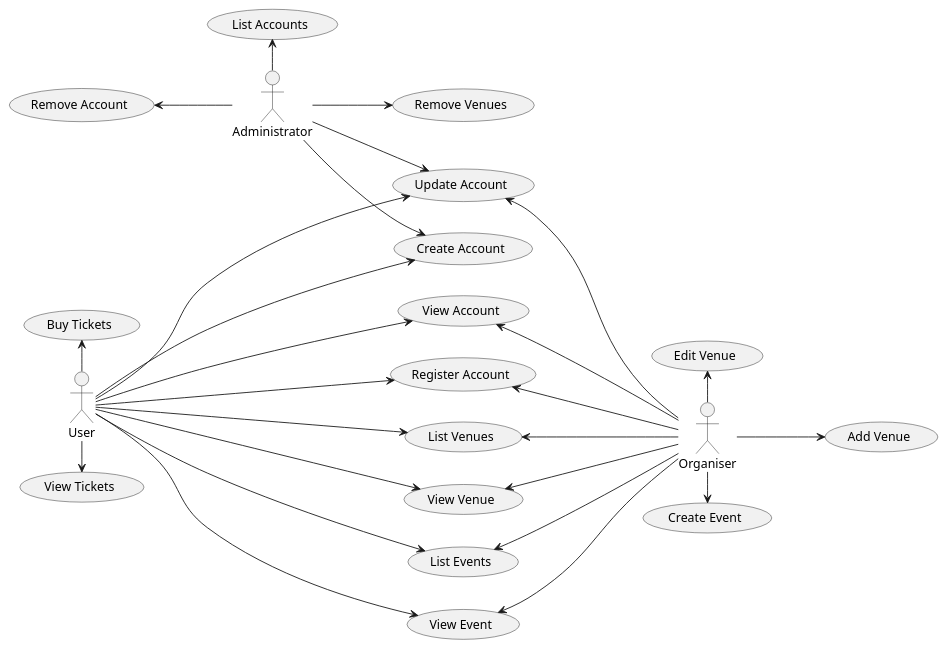
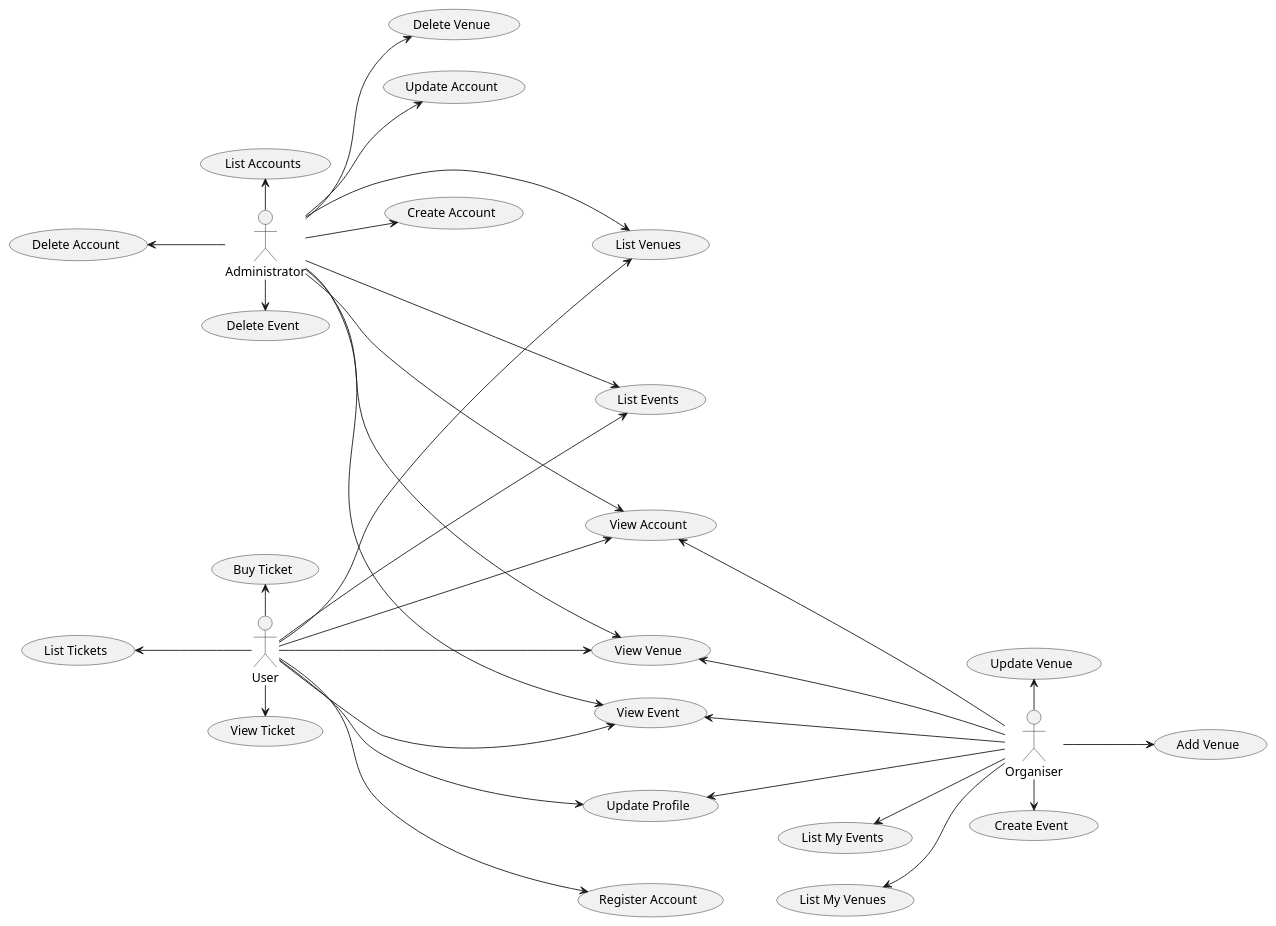
Before and after one commit to MolimoWang/EventManagementSystem: the diagram in 01-requirements/image/useCase.plantuml, drawn with PlantUML. The commit also changed other lines of this file and 1 other file, not shown here.

Commit message:
change use/organiser/add glossary

```diff
--- a/01-requirements/image/useCase.plantuml
+++ b/01-requirements/image/useCase.plantuml
@@ -1,34 +1,40 @@
 @startuml
 left to right direction
+skinparam backgroundColor white
 
-:Administrator: -up->(Remove Account)
+
+:Administrator: --left->(List Accounts)
+:Administrator: -->(Create Account)
+:Administrator: -down->(Delete Venue)
+:Administrator: --->(View Account)
+:Administrator: -up->(Delete Account)
+:Administrator: -right->(Delete Event)
+:Administrator: --->(View Venue)
 :Administrator: -->(Update Account)
-:Administrator: -left->(List Accounts)
-:Administrator: -->(Create Account)
-:Administrator: -->(Remove Venues)
+:Administrator: --->(List Events)
+:Administrator: --->(List Venues)
+:Administrator:--->(View Event)
 
-:User:--->(Create Account)
-:User:--->(Update Account)
 :User:--->(View Account)
 :User:--->(Register Account)
 :User:--->(List Venues)
 :User:--->(View Venue)
 :User:--->(List Events)
+:User:--->(Update Profile)
 :User:--->(View Event)
-:User:--left-->(Buy Tickets)
-:User:--right-->(View Tickets)
-
+:User:--left-->(Buy Ticket)
+:User:--right-->(View Ticket)
+:User:-up->(List Tickets)
 :Organiser:
 
 (Add Venue) <-up- :Organiser:
-(Edit Venue) <- :Organiser:
+(Update Venue) <- :Organiser:
 (Create Event) <-left-:Organiser:
 (View Event) <--- :Organiser:
-(List Events) <--- :Organiser:
-(List Venues) <--- :Organiser:
-(Register Account) <--- :Organiser:
+(List My Events) <-- :Organiser:
+(List My Venues) <-- :Organiser:
 (View Account) <--- :Organiser:
 (View Venue) <--- :Organiser:
-(Update Account) <--- :Organiser:
+(Update Profile) <--- :Organiser:
 
 @enduml
```
